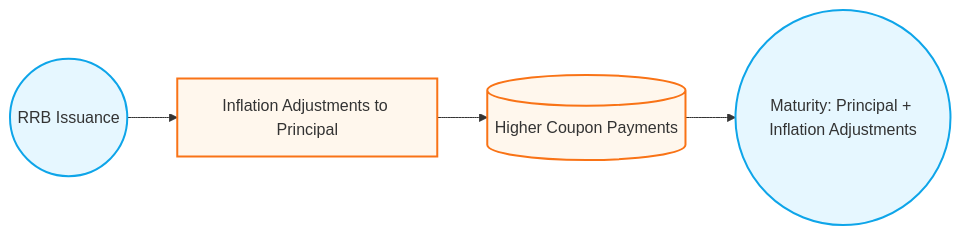
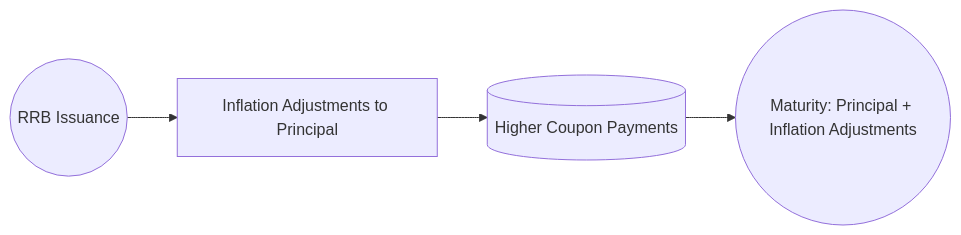
One commit to MasteryEducation/SecuritiesExamsMastery.ca changed the second of 2 diagrams in content/csc/6/3/index.md. Above: the diagram before and after it, drawn with Mermaid. The commit also changed other lines of this file and 58 other files, not shown here.

````diff
--- a/content/csc/6/3/index.md
+++ b/content/csc/6/3/index.md
@@ -90,10 +87,6 @@
 ```mermaid
 flowchart LR
     A((RRB Issuance)) --> B[Inflation Adjustments to Principal]
     B --> C[(Higher Coupon Payments)]
     C --> D((Maturity: Principal + Inflation Adjustments))
-    style A fill:#e6f7ff,stroke:#0ea5e9,stroke-width:2px
-    style B fill:#fff7ed,stroke:#f97316,stroke-width:2px
-    style C fill:#fff7ed,stroke:#f97316,stroke-width:2px
-    style D fill:#e6f7ff,stroke:#0ea5e9,stroke-width:2px
 ```
````
